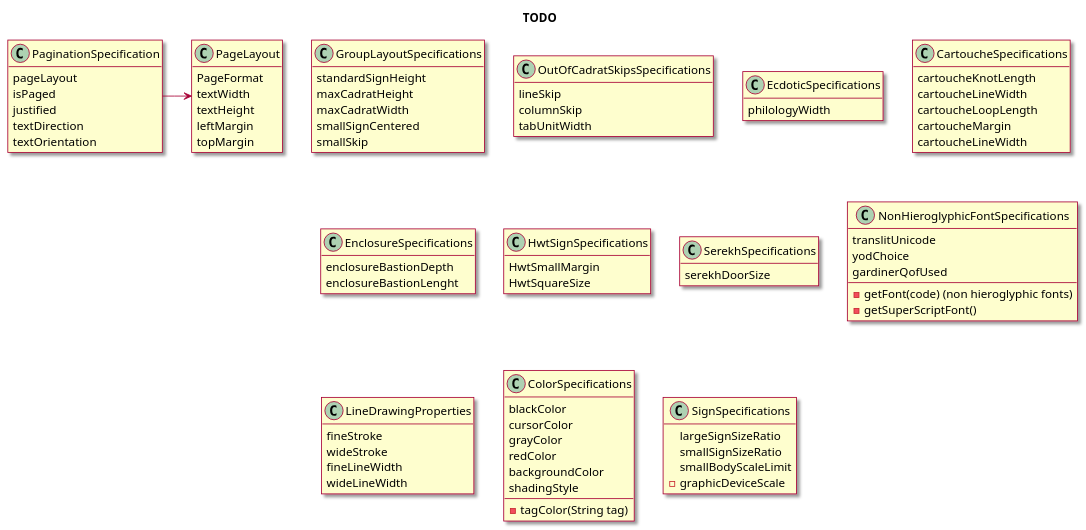
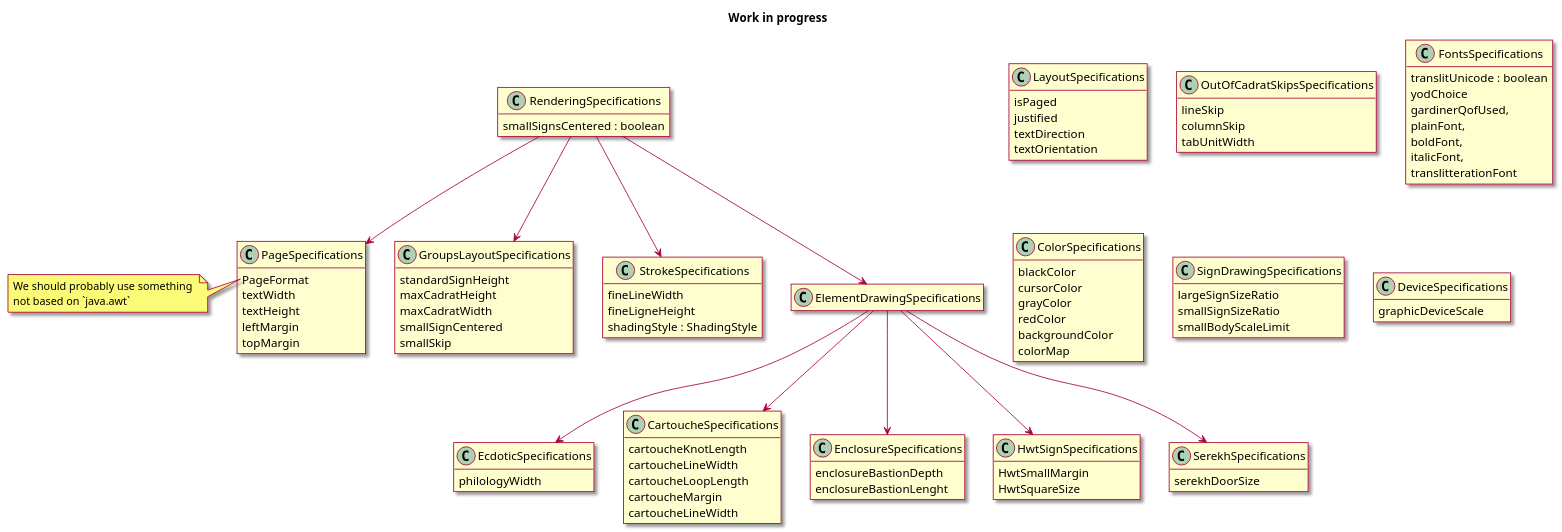
The second of 2 diagrams in 00_Documents/UML/analysis/drawingPrefs.md (rosmord/jsesh), drawn with PlantUML before and after one commit. The commit also changed other lines of this file and 51 other files, not shown here.

```diff
--- a/00_Documents/UML/analysis/drawingPrefs.md
+++ b/00_Documents/UML/analysis/drawingPrefs.md
@@ -294,10 +411,35 @@
 ~~~plantuml
 @startuml
-title TODO 
+title Work in progress 
 skin rose
 hide empty members
 
-class GroupLayoutSpecifications {
+class RenderingSpecifications {
+		smallSignsCentered : boolean		
+}
+
+class PageSpecifications {
+  PageFormat
+  textWidth
+  textHeight
+  leftMargin
+  topMargin
+}
+
+note left of PageSpecifications::PageFormat
+We should probably use something 
+not based on `java.awt`
+end note
+
+class LayoutSpecifications {
+  isPaged
+  justified
+  textDirection
+  textOrientation
+}
+
+
+class GroupsLayoutSpecifications {
   standardSignHeight
   maxCadratHeight
   maxCadratWidth
@@ -305,30 +447,18 @@
   smallSkip  
 }
 
+class StrokeSpecifications {
+		fineLineWidth
+		fineLigneHeight
+		shadingStyle : ShadingStyle
+}
+
+
 class OutOfCadratSkipsSpecifications {
   lineSkip
   columnSkip
   tabUnitWidth
 }
-
-class PaginationSpecification {
-  pageLayout
-  isPaged
-  justified
-  textDirection
-  textOrientation
-}
-
-
-class PageLayout {
-  PageFormat
-  textWidth
-  textHeight
-  leftMargin
-  topMargin
-}
-
-PaginationSpecification -> PageLayout
 
 
 class EcdoticSpecifications {
@@ -357,20 +487,16 @@
   serekhDoorSize
 }
 
-class NonHieroglyphicFontSpecifications {
-    - getFont(code) (non hieroglyphic fonts)
-    -getSuperScriptFont()
-    translitUnicode
-    yodChoice
-    gardinerQofUsed
+class FontsSpecifications {
+		translitUnicode : boolean
+		yodChoice
+    gardinerQofUsed,
+		plainFont, 
+		boldFont,
+		italicFont,
+		translitterationFont
 }
 
-class LineDrawingProperties {
-  fineStroke
-  wideStroke
-  fineLineWidth
-  wideLineWidth
-}
 
 class ColorSpecifications {
     blackColor
@@ -378,15 +504,30 @@
     grayColor
     redColor
     backgroundColor    
-    shadingStyle
-    -tagColor(String tag)
+    colorMap
 }
 
-class SignSpecifications {
+class SignDrawingSpecifications {
   largeSignSizeRatio
   smallSignSizeRatio
   smallBodyScaleLimit
-  -graphicDeviceScale
 }
+
+class DeviceSpecifications {
+  graphicDeviceScale
+}
+
+RenderingSpecifications --> GroupsLayoutSpecifications
+RenderingSpecifications --> ElementDrawingSpecifications
+RenderingSpecifications --> PageSpecifications 
+RenderingSpecifications --> StrokeSpecifications 
+
+
+ElementDrawingSpecifications --> CartoucheSpecifications
+ElementDrawingSpecifications --> EcdoticSpecifications
+ElementDrawingSpecifications --> EnclosureSpecifications
+ElementDrawingSpecifications --> HwtSignSpecifications
+ElementDrawingSpecifications --> SerekhSpecifications
+
 @enduml
 ~~~
```
